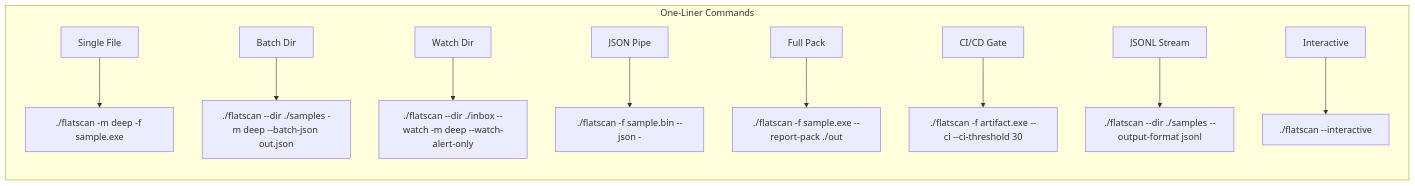
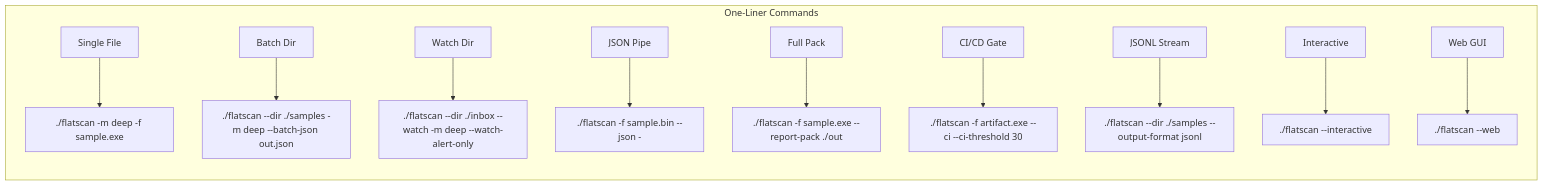
The first of 8 diagrams in usage.md (Masriyan/FlatScan), drawn with Mermaid before and after one commit. The commit also changed other lines of this file and 10 other files, not shown here.

````diff
--- a/usage.md
+++ b/usage.md
@@ -32,13 +33,14 @@
 ```mermaid
 graph LR
     subgraph "One-Liner Commands"
         A["Single File"] --> B["./flatscan -m deep -f sample.exe"]
         C["Batch Dir"] --> D["./flatscan --dir ./samples -m deep --batch-json out.json"]
         E["Watch Dir"] --> F["./flatscan --dir ./inbox --watch -m deep --watch-alert-only"]
         G["JSON Pipe"] --> H["./flatscan -f sample.bin --json -"]
         I["Full Pack"] --> J["./flatscan -f sample.exe --report-pack ./out"]
         K["CI/CD Gate"] --> L["./flatscan -f artifact.exe --ci --ci-threshold 30"]
         M["JSONL Stream"] --> N["./flatscan --dir ./samples --output-format jsonl"]
         O["Interactive"] --> P["./flatscan --interactive"]
+        Q["Web GUI"] --> R["./flatscan --web"]
     end
 ```
````
